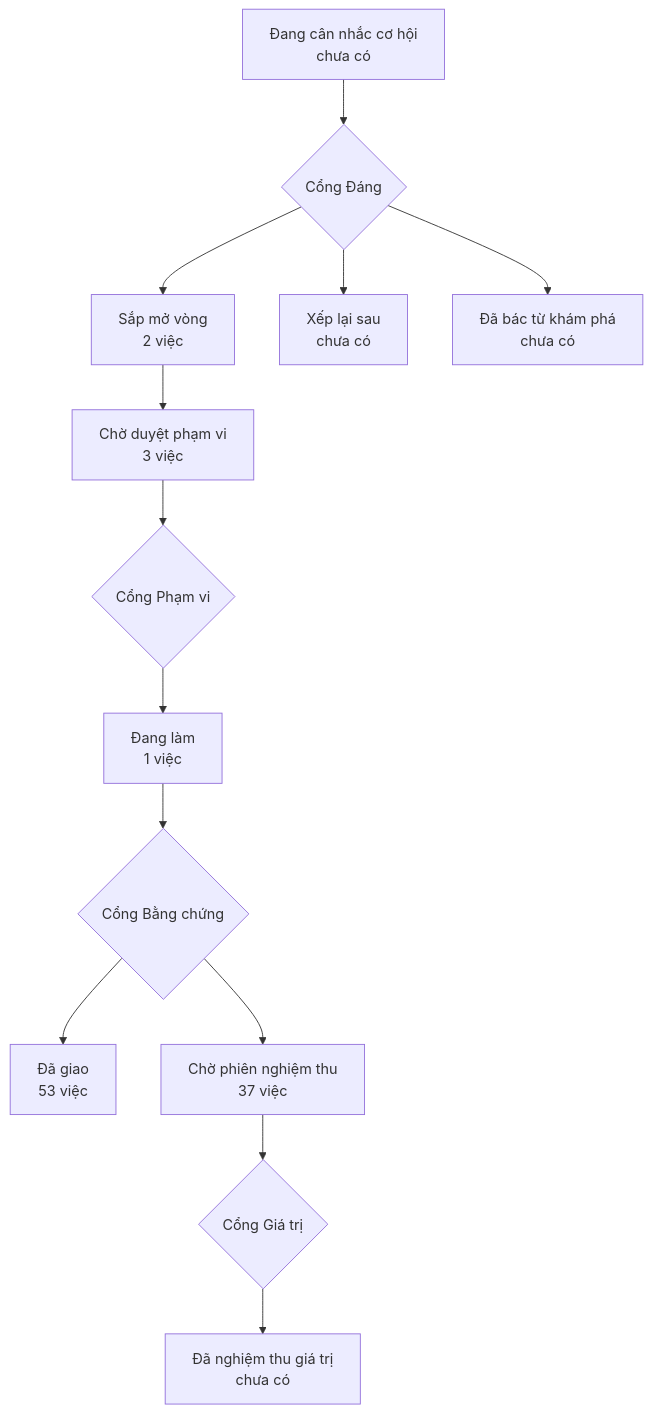
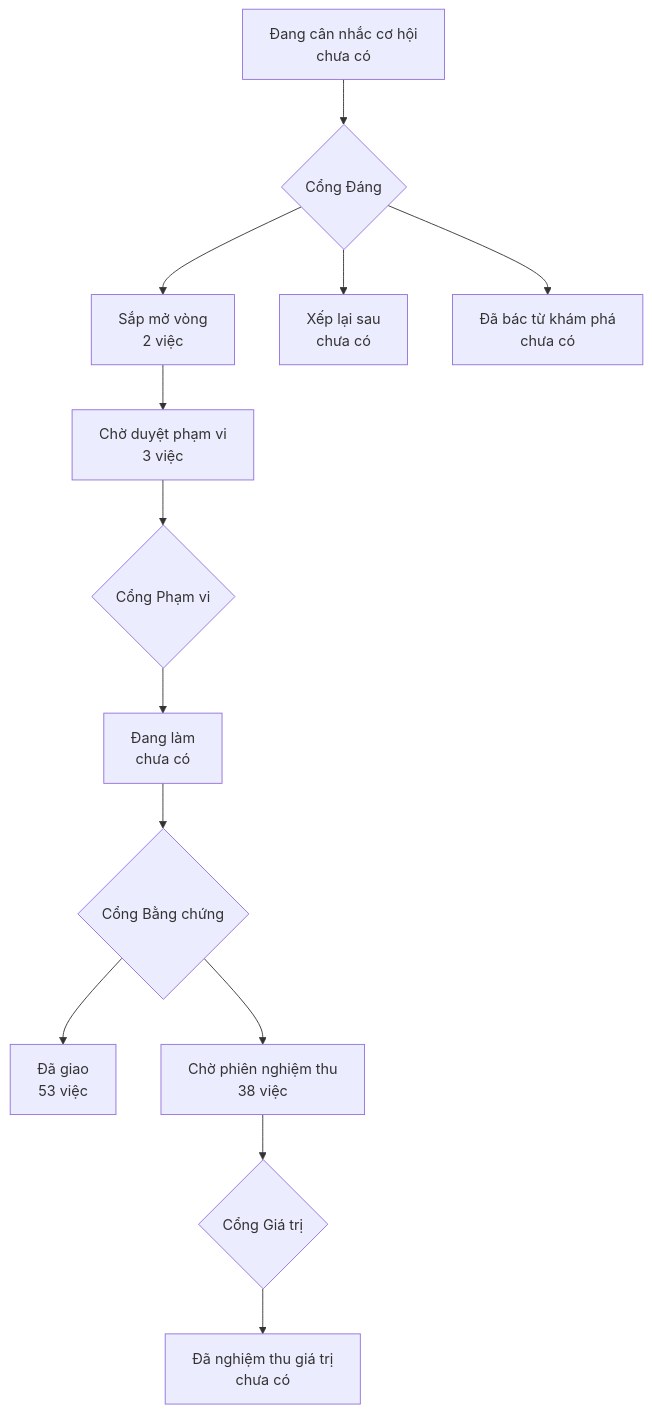
The diagram in PRODUCT-MAP.md (phanlemanh/onehub-invest), drawn with Mermaid before and after one commit. The commit also changed other lines of this file and 4 other files, not shown here.

````diff
--- a/PRODUCT-MAP.md
+++ b/PRODUCT-MAP.md
@@ -7,12 +7,12 @@
 ```mermaid
 flowchart TD
   A["Đang cân nhắc cơ hội<br/>chưa có"] --> GD{"Cổng Đáng"}
   GD --> B["Sắp mở vòng<br/>2 việc"]
   GD --> XL["Xếp lại sau<br/>chưa có"]
   GD --> DB["Đã bác từ khám phá<br/>chưa có"]
   B --> CD["Chờ duyệt phạm vi<br/>3 việc"] --> GP{"Cổng Phạm vi"}
-  GP --> DL["Đang làm<br/>1 việc"] --> GB{"Cổng Bằng chứng"}
+  GP --> DL["Đang làm<br/>chưa có"] --> GB{"Cổng Bằng chứng"}
   GB --> DG["Đã giao<br/>53 việc"]
-  GB --> CN["Chờ phiên nghiệm thu<br/>37 việc"] --> GG{"Cổng Giá trị"}
+  GB --> CN["Chờ phiên nghiệm thu<br/>38 việc"] --> GG{"Cổng Giá trị"}
   GG --> NT["Đã nghiệm thu giá trị<br/>chưa có"]
 ```
````
